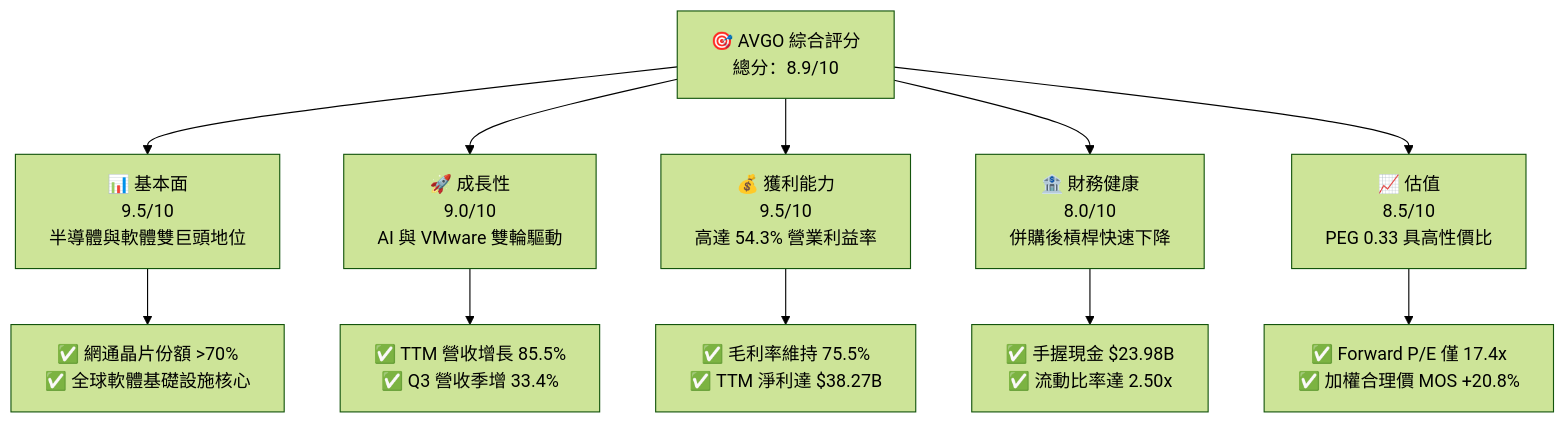
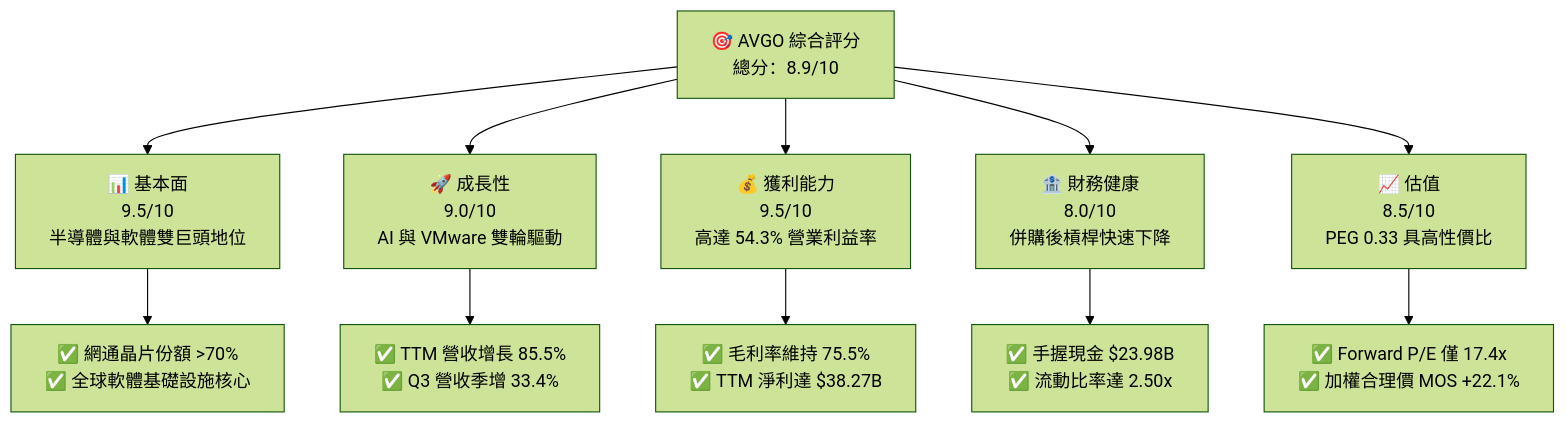
One commit to yennanliu/finance_data changed the first of 15 diagrams in ai_gen_report/fundamental/avgo/fundamental_analysis_2026-10-21_gemini.md. Above: the diagram before and after it, drawn with Mermaid (forest theme). The commit also changed other lines of this file and 339 other files, not shown here.

````diff
--- a/ai_gen_report/fundamental/avgo/fundamental_analysis_2026-10-21_gemini.md
+++ b/ai_gen_report/fundamental/avgo/fundamental_analysis_2026-10-21_gemini.md
@@ -60,22 +67,22 @@
 ```mermaid
 graph TD
     AVGO["🎯 AVGO 綜合評分<br/>總分：8.9/10"]
 
     F["📊 基本面<br/>9.5/10<br/>半導體與軟體雙巨頭地位"]
     G["🚀 成長性<br/>9.0/10<br/>AI 與 VMware 雙輪驅動"]
     P["💰 獲利能力<br/>9.5/10<br/>高達 54.3% 營業利益率"]
     B["🏦 財務健康<br/>8.0/10<br/>併購後槓桿快速下降"]
     V["📈 估值<br/>8.5/10<br/>PEG 0.33 具高性價比"]
 
     AVGO --> F
     AVGO --> G
     AVGO --> P
     AVGO --> B
     AVGO --> V
 
     F --> F1["✅ 網通晶片份額 >70%<br/>✅ 全球軟體基礎設施核心"]
     G --> G1["✅ TTM 營收增長 85.5%<br/>✅ Q3 營收季增 33.4%"]
     P --> P1["✅ 毛利率維持 75.5%<br/>✅ TTM 淨利達 $38.27B"]
     B --> B1["✅ 手握現金 $23.98B<br/>✅ 流動比率達 2.50x"]
-    V --> V1["✅ Forward P/E 僅 17.4x<br/>✅ 加權合理價 MOS +20.8%"]
+    V --> V1["✅ Forward P/E 僅 17.4x<br/>✅ 加權合理價 MOS +22.1%"]
 ```
````
